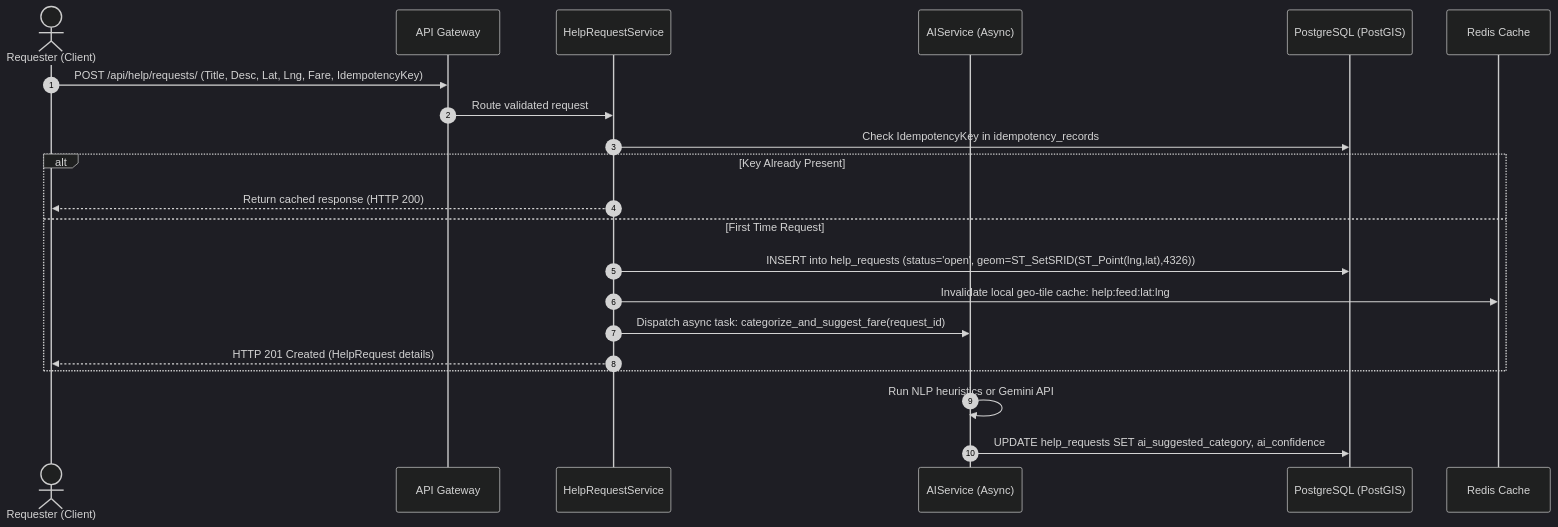
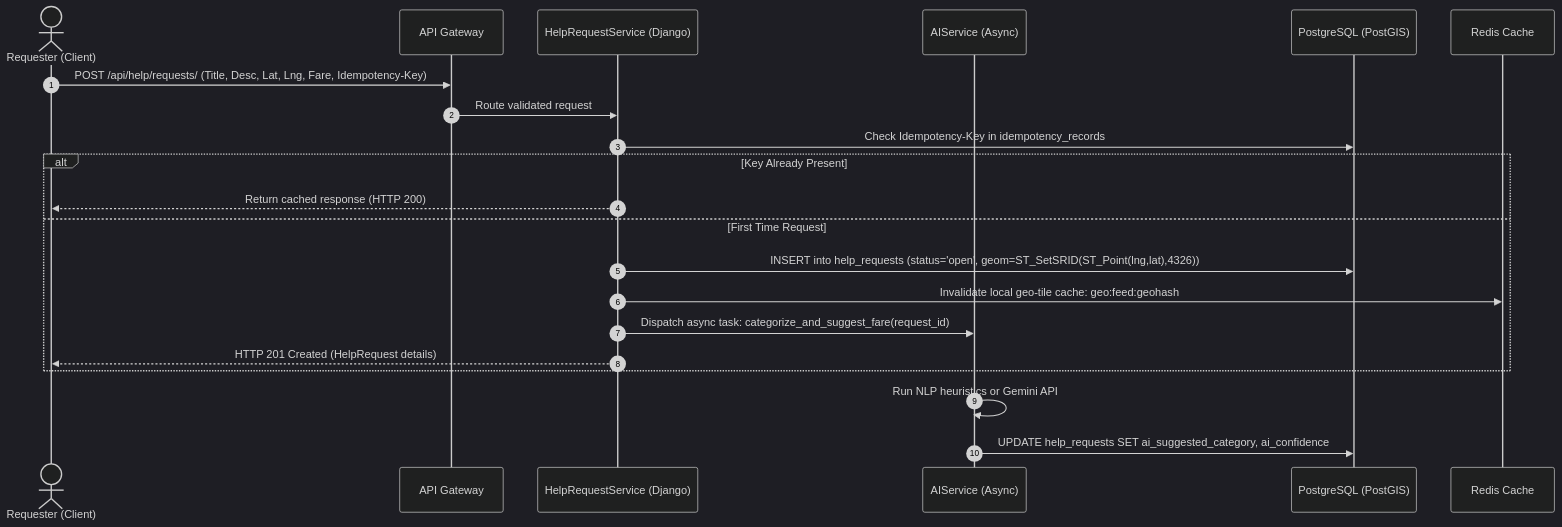
Before and after one commit to gctrupti/hoodi: the second of 9 diagrams in docs/system-design.md, drawn with Mermaid (dark theme). The commit also changed other lines of this file and 6 other files, not shown here.

Commit message:
docs(architecture): update system design blueprint, ADRs, and database migration audit scripts

````diff
--- a/docs/system-design.md
+++ b/docs/system-design.md
@@ -263,24 +265,24 @@
 ```mermaid
 sequenceDiagram
     autonumber
     actor Requester as Requester (Client)
     participant Gateway as API Gateway
-    participant API as HelpRequestService
+    participant API as HelpRequestService (Django)
     participant AI as AIService (Async)
     participant DB as PostgreSQL (PostGIS)
     participant Cache as Redis Cache
 
-    Requester->>Gateway: POST /api/help/requests/ (Title, Desc, Lat, Lng, Fare, IdempotencyKey)
+    Requester->>Gateway: POST /api/help/requests/ (Title, Desc, Lat, Lng, Fare, Idempotency-Key)
     Gateway->>API: Route validated request
-    API->>DB: Check IdempotencyKey in idempotency_records
+    API->>DB: Check Idempotency-Key in idempotency_records
     alt Key Already Present
         API-->>Requester: Return cached response (HTTP 200)
     else First Time Request
         API->>DB: INSERT into help_requests (status='open', geom=ST_SetSRID(ST_Point(lng,lat),4326))
-        API->>Cache: Invalidate local geo-tile cache: help:feed:lat:lng
+        API->>Cache: Invalidate local geo-tile cache: geo:feed:geohash
         API->>AI: Dispatch async task: categorize_and_suggest_fare(request_id)
         API-->>Requester: HTTP 201 Created (HelpRequest details)
     end
     AI->>AI: Run NLP heuristics or Gemini API
     AI->>DB: UPDATE help_requests SET ai_suggested_category, ai_confidence
 ```
````
